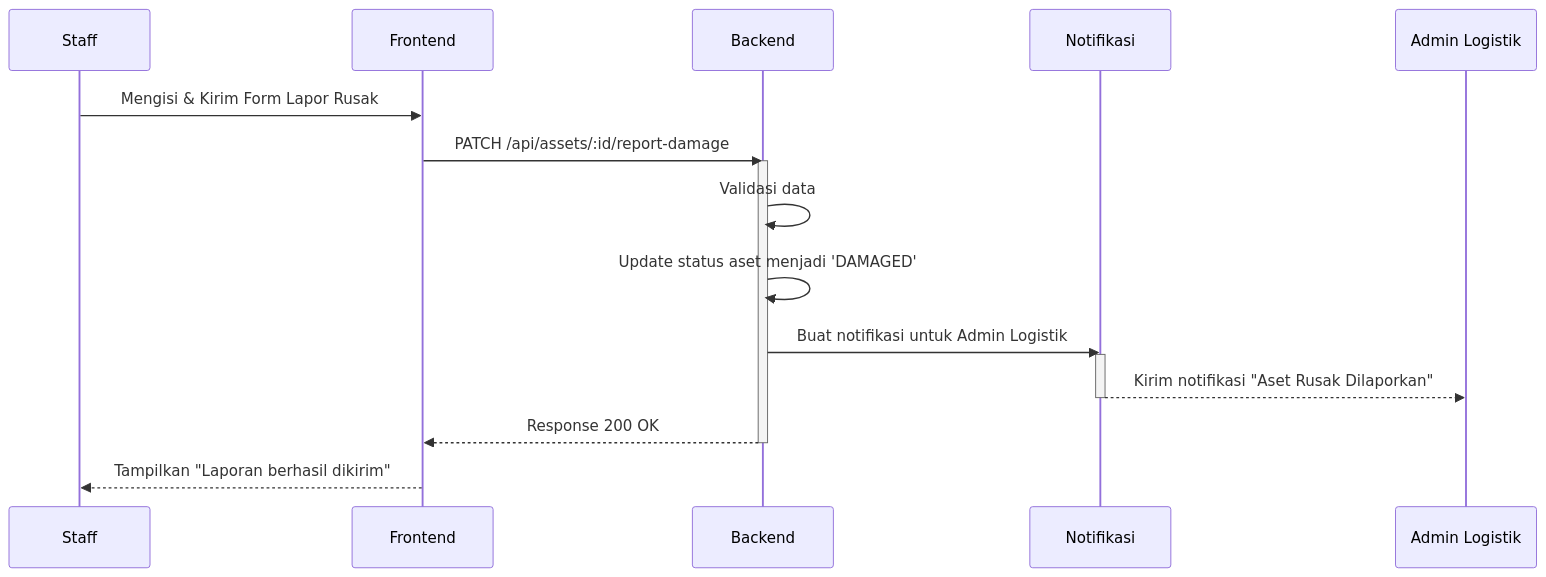
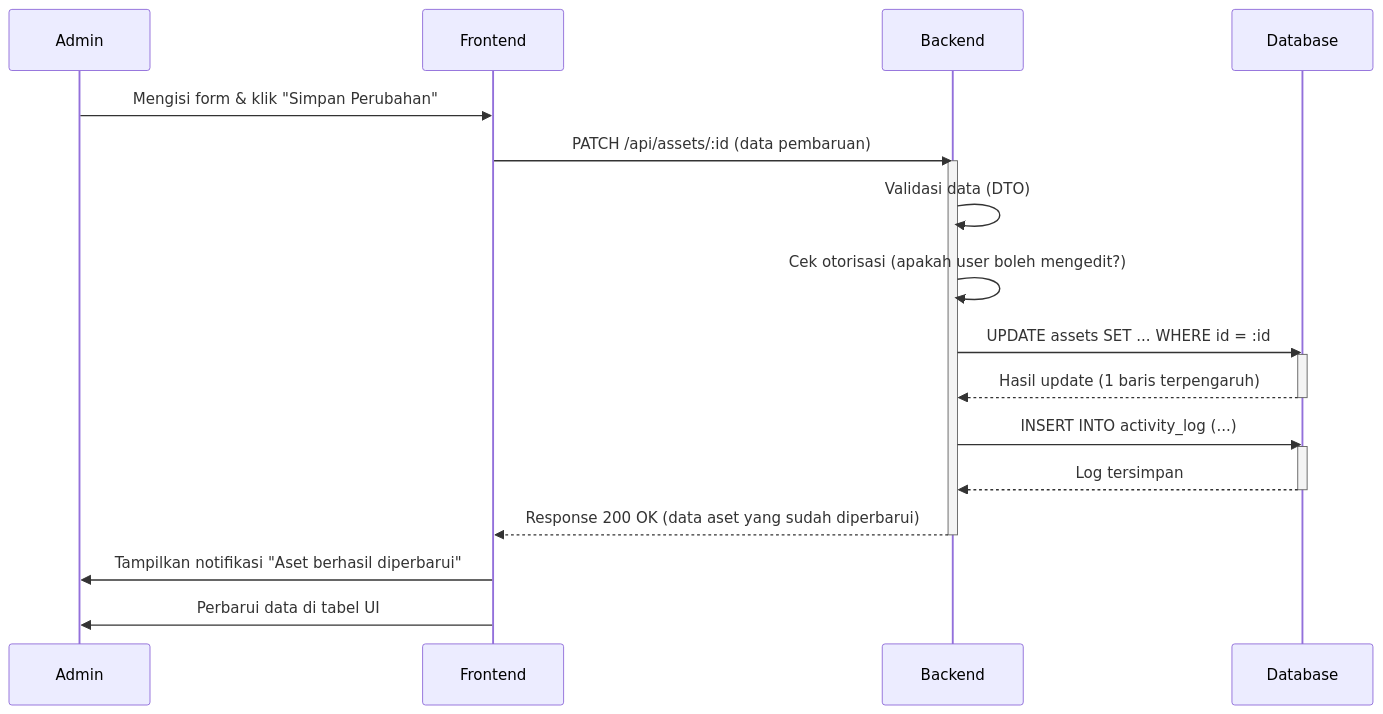
One commit to Asamaludi26/Inventory changed the third of 3 diagrams in Docs/01_CONCEPT_AND_ARCHITECTURE/SYSTEM_DIAGRAMS.md. Above: the diagram before and after it, drawn with Mermaid. The commit also changed other lines of this file and 6 other files, not shown here.

````diff
--- a/Docs/01_CONCEPT_AND_ARCHITECTURE/SYSTEM_DIAGRAMS.md
+++ b/Docs/01_CONCEPT_AND_ARCHITECTURE/SYSTEM_DIAGRAMS.md
@@ -112,21 +59,30 @@
 ```mermaid
 sequenceDiagram
-    participant Staff
+    participant Admin
     participant Frontend
     participant Backend
-    participant Notifikasi
-    participant AdminL as Admin Logistik
+    participant Database
 
-    Staff->>Frontend: Mengisi & Kirim Form Lapor Rusak
-    Frontend->>Backend: PATCH /api/assets/:id/report-damage
+    Admin->>Frontend: Mengisi form & klik "Simpan Perubahan"
+    Frontend->>Backend: PATCH /api/assets/:id (data pembaruan)
     activate Backend
-    Backend->>Backend: Validasi data
-    Backend->>Backend: Update status aset menjadi 'DAMAGED'
-    Backend->>Notifikasi: Buat notifikasi untuk Admin Logistik
-    activate Notifikasi
-    Notifikasi-->>AdminL: Kirim notifikasi "Aset Rusak Dilaporkan"
-    deactivate Notifikasi
-    Backend-->>Frontend: Response 200 OK
+    
+    Backend->>Backend: Validasi data (DTO)
+    Backend->>Backend: Cek otorisasi (apakah user boleh mengedit?)
+    
+    Backend->>Database: UPDATE assets SET ... WHERE id = :id
+    activate Database
+    Database-->>Backend: Hasil update (1 baris terpengaruh)
+    deactivate Database
+
+    Backend->>Database: INSERT INTO activity_log (...)
+    activate Database
+    Database-->>Backend: Log tersimpan
+    deactivate Database
+    
+    Backend-->>Frontend: Response 200 OK (data aset yang sudah diperbarui)
     deactivate Backend
-    Frontend-->>Staff: Tampilkan "Laporan berhasil dikirim"
+    
+    Frontend->>Admin: Tampilkan notifikasi "Aset berhasil diperbarui"
+    Frontend->>Admin: Perbarui data di tabel UI
 ```
````
